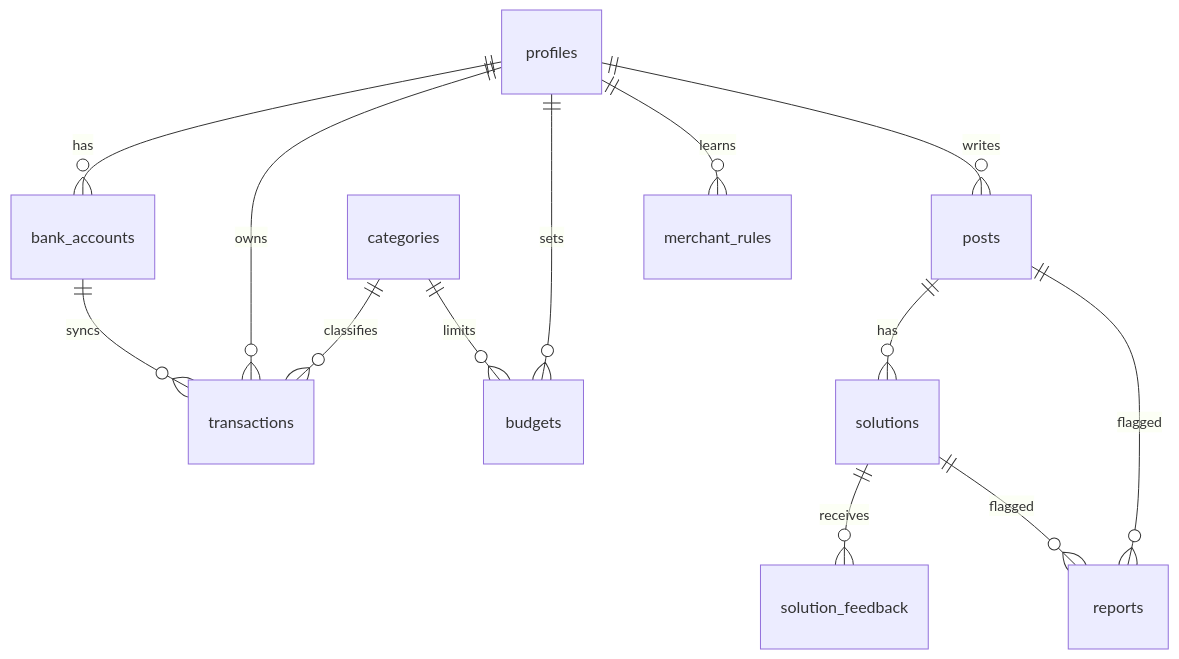
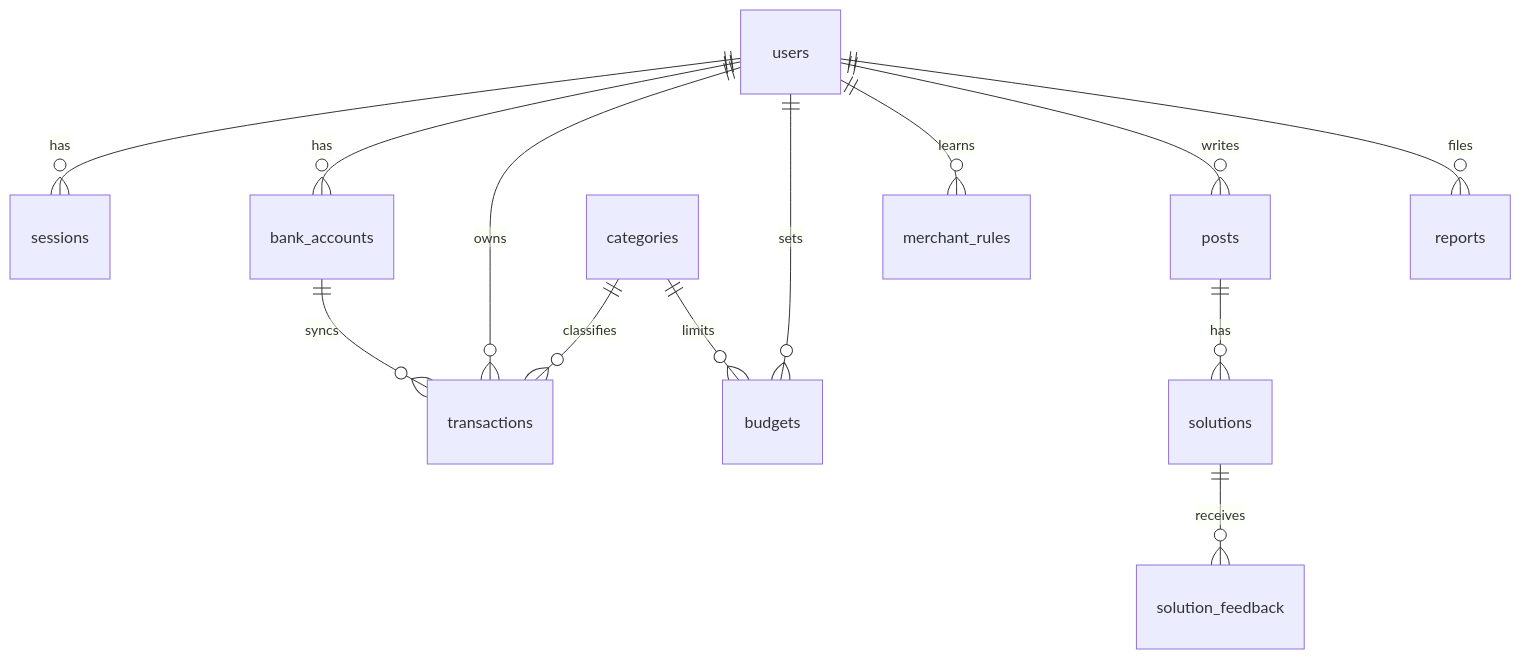
Before and after one commit to PhamNam342/ITSS2: the second of 3 diagrams in SYSTEM_SPEC.md, drawn with Mermaid. The commit also changed other lines of this file and 37 other files, not shown here.

````diff
--- a/SYSTEM_SPEC.md
+++ b/SYSTEM_SPEC.md
@@ -167,15 +192,15 @@
 ```mermaid
 erDiagram
-    profiles ||--o{ bank_accounts : has
-    profiles ||--o{ transactions : owns
-    profiles ||--o{ budgets : sets
-    profiles ||--o{ merchant_rules : learns
+    users ||--o{ sessions : has
+    users ||--o{ bank_accounts : has
+    users ||--o{ transactions : owns
+    users ||--o{ budgets : sets
+    users ||--o{ merchant_rules : learns
     categories ||--o{ transactions : classifies
     categories ||--o{ budgets : limits
     bank_accounts ||--o{ transactions : syncs
-    profiles ||--o{ posts : writes
+    users ||--o{ posts : writes
     posts ||--o{ solutions : has
     solutions ||--o{ solution_feedback : receives
-    posts ||--o{ reports : flagged
-    solutions ||--o{ reports : flagged
+    users ||--o{ reports : files
 ```
````
